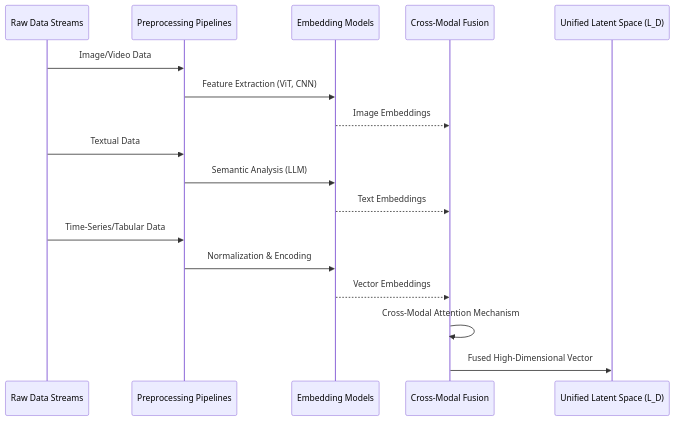
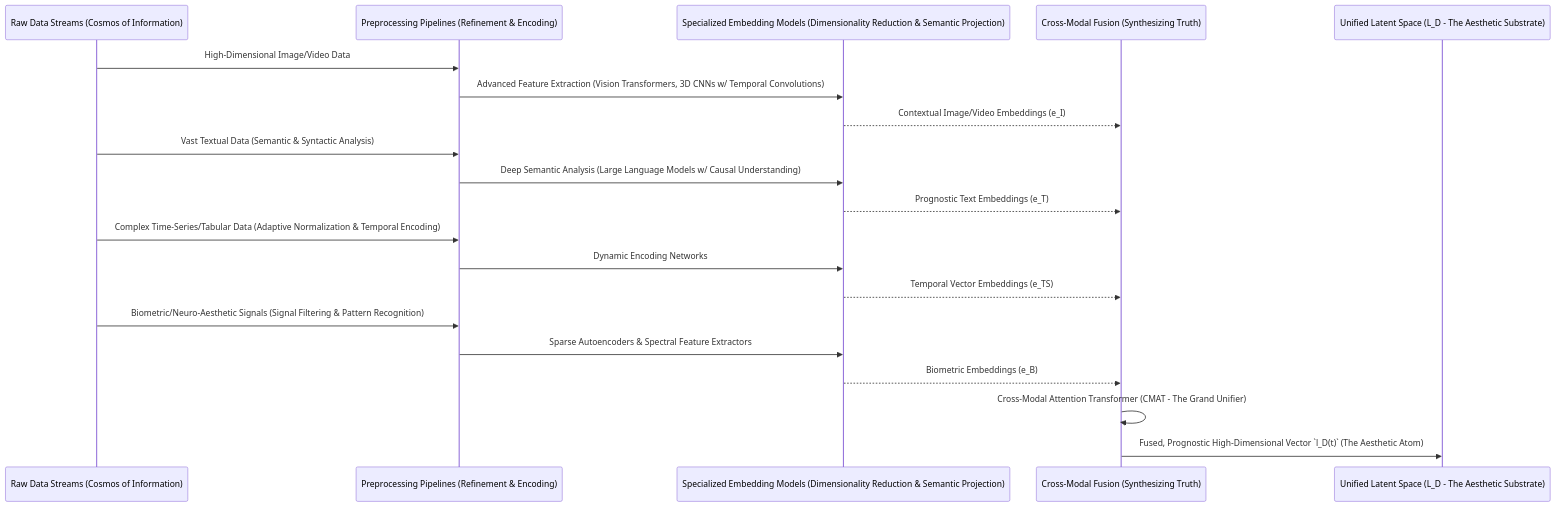
The second of 13 diagrams in inventions/003_narrative_generative_image_editing/005_predictive_aesthetic_synthesis_engine.md (diplomat-bit/Citibank_Demo_Business_Inc_Demonstration-), drawn with Mermaid before and after one commit. The commit also changed other lines of this file, not shown here.

````diff
--- a/inventions/003_narrative_generative_image_editing/005_predictive_aesthetic_synthesis_engine.md
+++ b/inventions/003_narrative_generative_image_editing/005_predictive_aesthetic_synthesis_engine.md
@@ -76,23 +81,27 @@
 ```mermaid
 sequenceDiagram
-    participant RawData as Raw Data Streams
-    participant Preprocessing as Preprocessing Pipelines
-    participant Embedding as Embedding Models
-    participant Fusion as Cross-Modal Fusion
-    participant LatentSpace as Unified Latent Space (L_D)
+    participant RawData as Raw Data Streams (Cosmos of Information)
+    participant Preprocessing as Preprocessing Pipelines (Refinement & Encoding)
+    participant Embedding as Specialized Embedding Models (Dimensionality Reduction & Semantic Projection)
+    participant Fusion as Cross-Modal Fusion (Synthesizing Truth)
+    participant LatentSpace as Unified Latent Space (L_D - The Aesthetic Substrate)
 
-    RawData->>Preprocessing: Image/Video Data
-    Preprocessing->>Embedding: Feature Extraction (ViT, CNN)
-    Embedding-->>Fusion: Image Embeddings
+    RawData->>Preprocessing: High-Dimensional Image/Video Data
+    Preprocessing->>Embedding: Advanced Feature Extraction (Vision Transformers, 3D CNNs w/ Temporal Convolutions)
+    Embedding-->>Fusion: Contextual Image/Video Embeddings (e_I)
     
-    RawData->>Preprocessing: Textual Data
-    Preprocessing->>Embedding: Semantic Analysis (LLM)
-    Embedding-->>Fusion: Text Embeddings
+    RawData->>Preprocessing: Vast Textual Data (Semantic & Syntactic Analysis)
+    Preprocessing->>Embedding: Deep Semantic Analysis (Large Language Models w/ Causal Understanding)
+    Embedding-->>Fusion: Prognostic Text Embeddings (e_T)
     
-    RawData->>Preprocessing: Time-Series/Tabular Data
-    Preprocessing->>Embedding: Normalization & Encoding
-    Embedding-->>Fusion: Vector Embeddings
+    RawData->>Preprocessing: Complex Time-Series/Tabular Data (Adaptive Normalization & Temporal Encoding)
+    Preprocessing->>Embedding: Dynamic Encoding Networks
+    Embedding-->>Fusion: Temporal Vector Embeddings (e_TS)
 
-    Fusion->>Fusion: Cross-Modal Attention Mechanism
-    Fusion->>LatentSpace: Fused High-Dimensional Vector
+    RawData->>Preprocessing: Biometric/Neuro-Aesthetic Signals (Signal Filtering & Pattern Recognition)
+    Preprocessing->>Embedding: Sparse Autoencoders & Spectral Feature Extractors
+    Embedding-->>Fusion: Biometric Embeddings (e_B)
+
+    Fusion->>Fusion: Cross-Modal Attention Transformer (CMAT - The Grand Unifier)
+    Fusion->>LatentSpace: Fused, Prognostic High-Dimensional Vector `l_D(t)` (The Aesthetic Atom)
 ```
````
